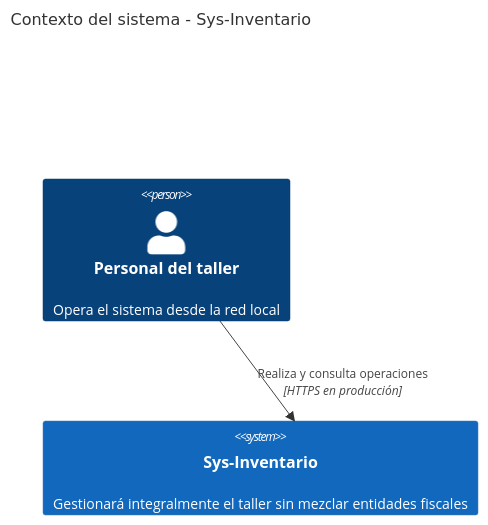
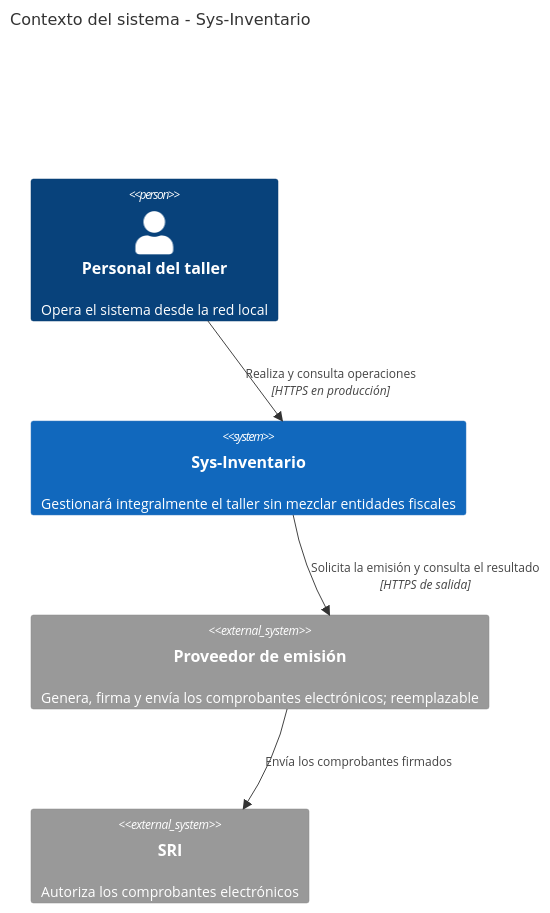
The diagram in docs/architecture/c4-context.md (Axlmd16/Tallkit), drawn with Mermaid before and after one commit. The commit also changed other lines of this file and 33 other files, not shown here.

````diff
--- a/docs/architecture/c4-context.md
+++ b/docs/architecture/c4-context.md
@@ -3,9 +3,13 @@
 ```mermaid
 C4Context
   title Contexto del sistema - Sys-Inventario
 
   Person(personal, "Personal del taller", "Opera el sistema desde la red local")
   System(system, "Sys-Inventario", "Gestionará integralmente el taller sin mezclar entidades fiscales")
+  System_Ext(emision, "Proveedor de emisión", "Genera, firma y envía los comprobantes electrónicos; reemplazable")
+  System_Ext(sri, "SRI", "Autoriza los comprobantes electrónicos")
 
   Rel(personal, system, "Realiza y consulta operaciones", "HTTPS en producción")
+  Rel(system, emision, "Solicita la emisión y consulta el resultado", "HTTPS de salida")
+  Rel(emision, sri, "Envía los comprobantes firmados")
 ```
````
